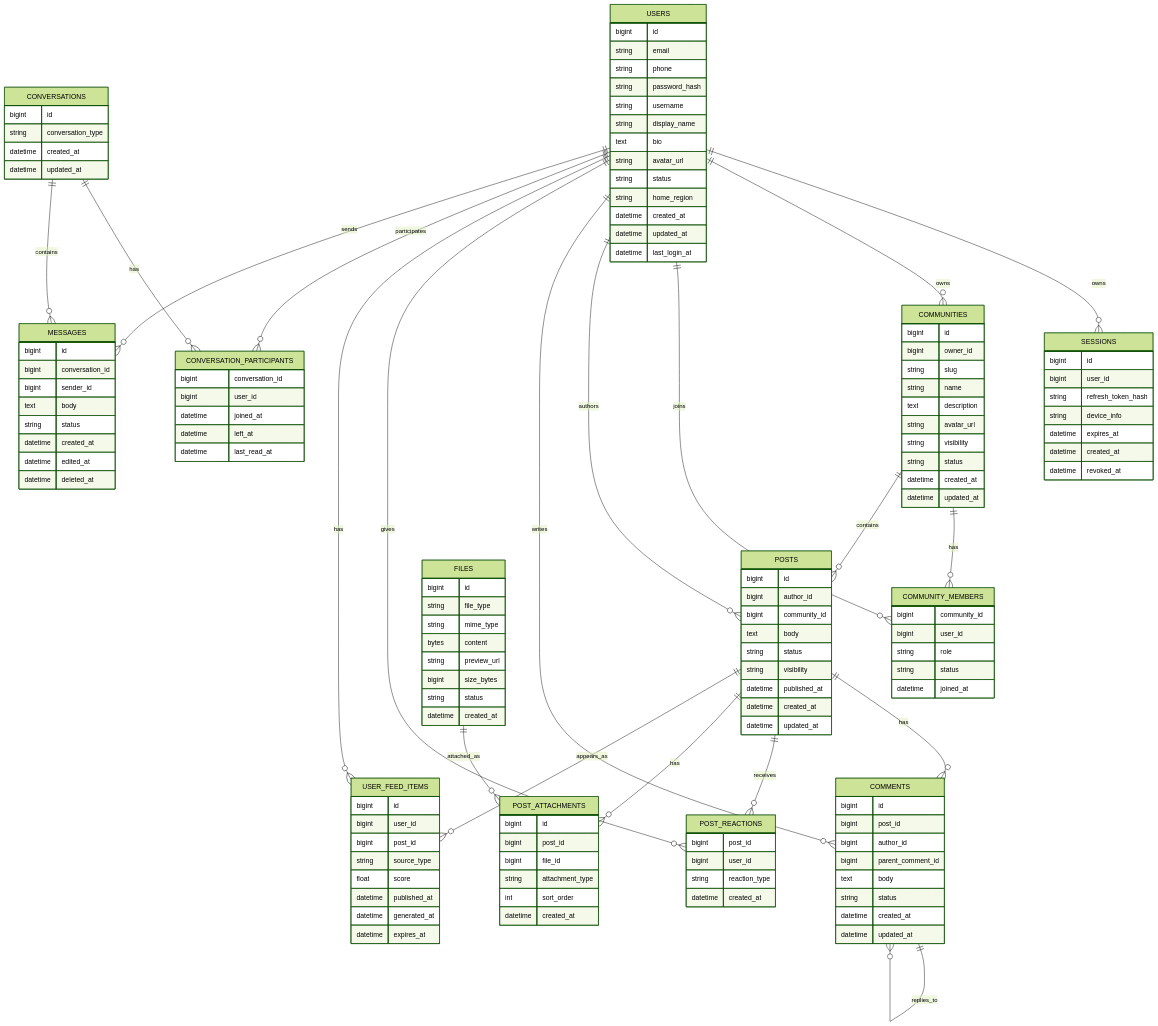
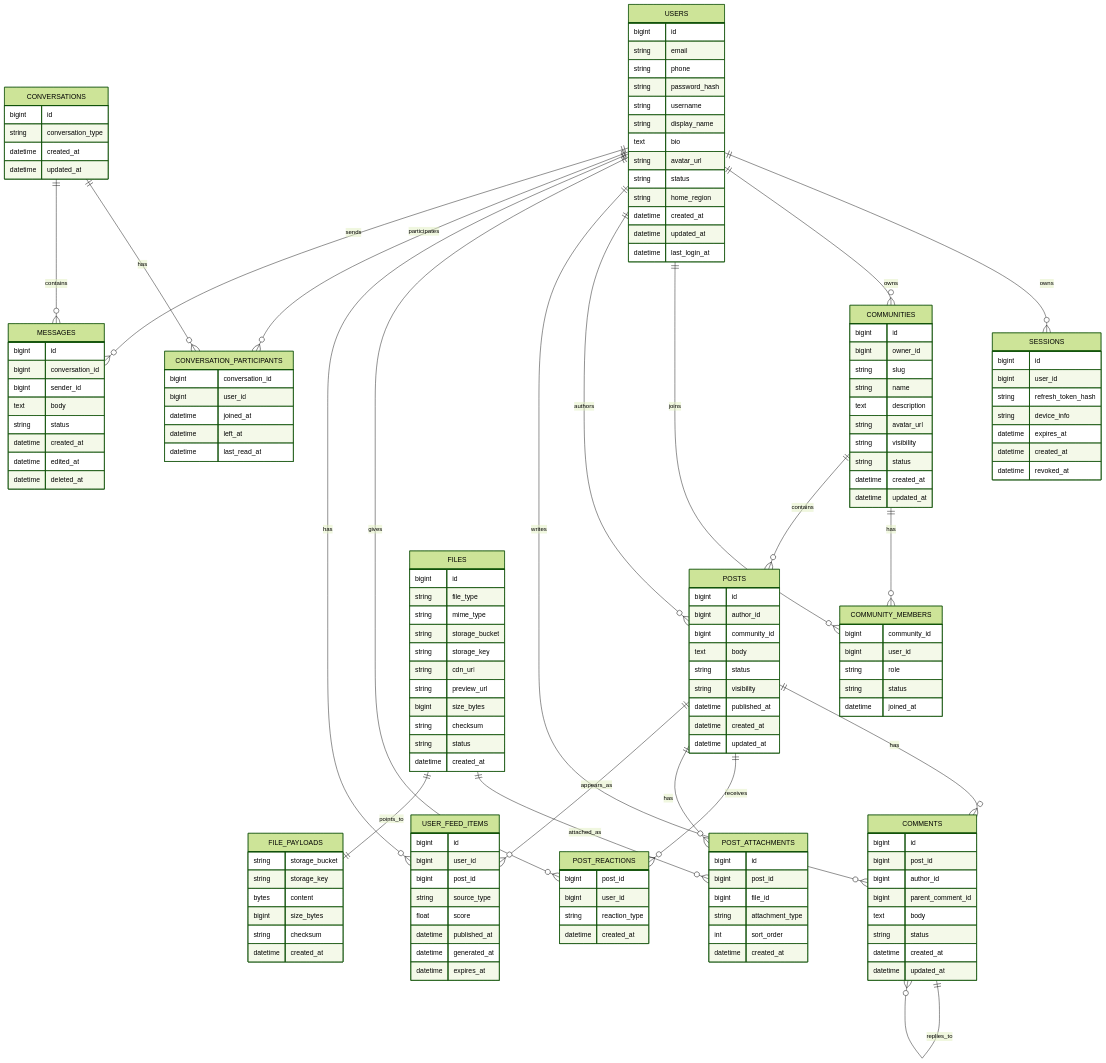
The diagram in hw/05.md (sorrtory/VkEdu-Highload), drawn with Mermaid (forest theme) before and after one commit. The commit also changed other lines of this file and 9 other files, not shown here.

```diff
--- a/hw/05.md
+++ b/hw/05.md
@@ -112,10 +112,22 @@
         bigint id
         string file_type
         string mime_type
-        bytes content
+        string storage_bucket
+        string storage_key
+        string cdn_url
         string preview_url
         bigint size_bytes
+        string checksum
         string status
+        datetime created_at
+    }
+
+    FILE_PAYLOADS {
+        string storage_bucket
+        string storage_key
+        bytes content
+        bigint size_bytes
+        string checksum
         datetime created_at
     }
 
@@ -183,6 +195,7 @@
 
     POSTS ||--o{ POST_ATTACHMENTS : has
     FILES ||--o{ POST_ATTACHMENTS : attached_as
+    FILES ||--|| FILE_PAYLOADS : points_to
 
     USERS ||--o{ USER_FEED_ITEMS : has
     POSTS ||--o{ USER_FEED_ITEMS : appears_as
```
